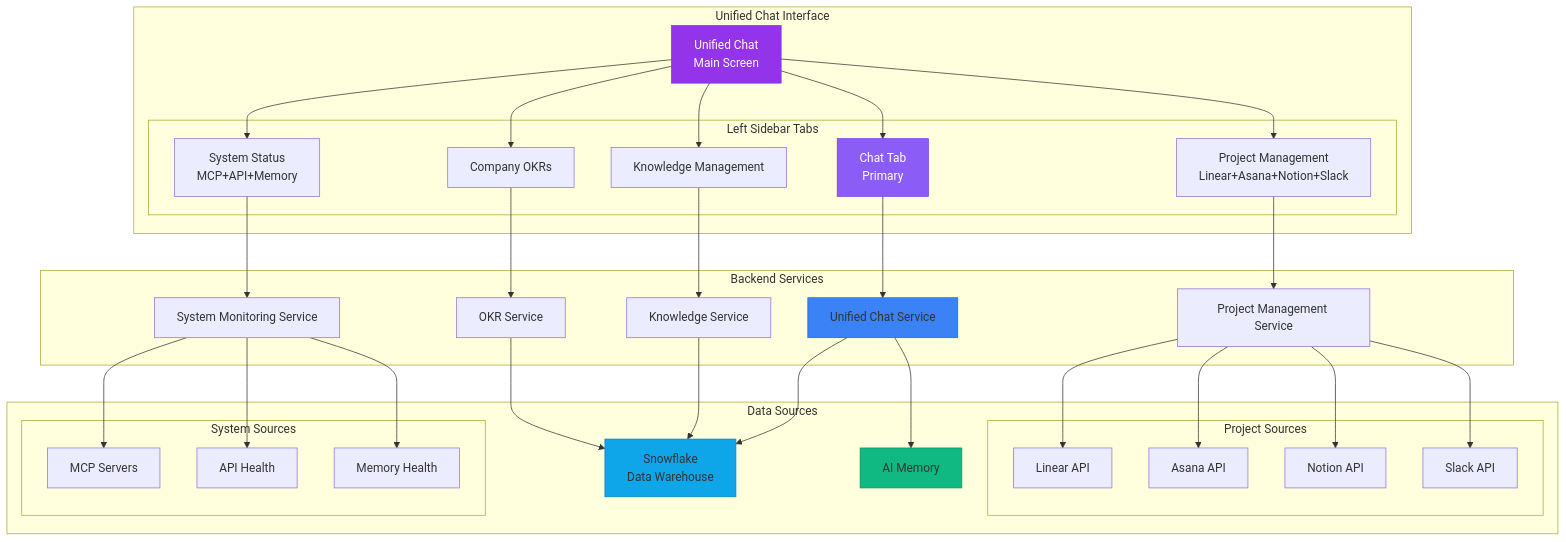
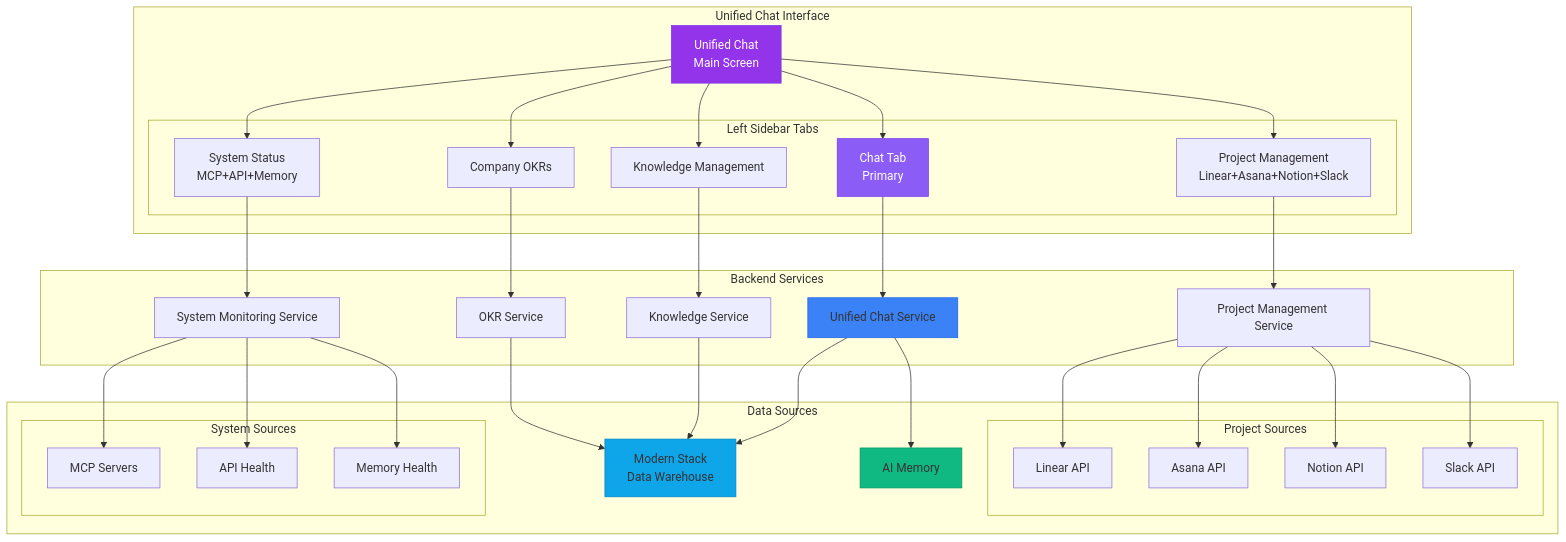
Before and after one commit to ai-cherry/sophia-strategic-development: the diagram in docs/UNIFIED_CHAT_ARCHITECTURE.md, drawn with Mermaid. The commit also changed 646 other files, not shown here.

````diff
--- a/docs/UNIFIED_CHAT_ARCHITECTURE.md
+++ b/docs/UNIFIED_CHAT_ARCHITECTURE.md
@@ -89,72 +89,72 @@
 ```mermaid
 graph TB
     subgraph "Unified Chat Interface"
         UC[Unified Chat<br/>Main Screen]
 
         subgraph "Left Sidebar Tabs"
             T1[Chat Tab<br/>Primary]
             T2[Knowledge Management]
             T3[Project Management<br/>Linear+Asana+Notion+Slack]
             T4[System Status<br/>MCP+API+Memory]
             T5[Company OKRs]
         end
     end
 
     subgraph "Backend Services"
         UCS[Unified Chat Service]
         KS[Knowledge Service]
         PMS[Project Management Service]
         SMS[System Monitoring Service]
         OS[OKR Service]
     end
 
     subgraph "Data Sources"
         subgraph "Project Sources"
             Linear[Linear API]
             Asana[Asana API]
             Notion[Notion API]
             Slack[Slack API]
         end
 
         subgraph "System Sources"
             MCP[MCP Servers]
             API[API Health]
             MEM[Memory Health]
         end
 
-        SF[Snowflake<br/>Data Warehouse]
+        SF[Modern Stack<br/>Data Warehouse]
         AI[AI Memory]
     end
 
     UC --> T1
     UC --> T2
     UC --> T3
     UC --> T4
     UC --> T5
 
     T1 --> UCS
     T2 --> KS
     T3 --> PMS
     T4 --> SMS
     T5 --> OS
 
     PMS --> Linear
     PMS --> Asana
     PMS --> Notion
     PMS --> Slack
 
     SMS --> MCP
     SMS --> API
     SMS --> MEM
 
     UCS --> SF
     UCS --> AI
     KS --> SF
     OS --> SF
 
     style UC fill:#9333ea,stroke:#7c3aed,color:#fff
     style T1 fill:#8b5cf6,stroke:#7c3aed,color:#fff
     style UCS fill:#3b82f6,stroke:#2563eb
     style SF fill:#0ea5e9,stroke:#0284c7
     style AI fill:#10b981,stroke:#059669
 ```
````
